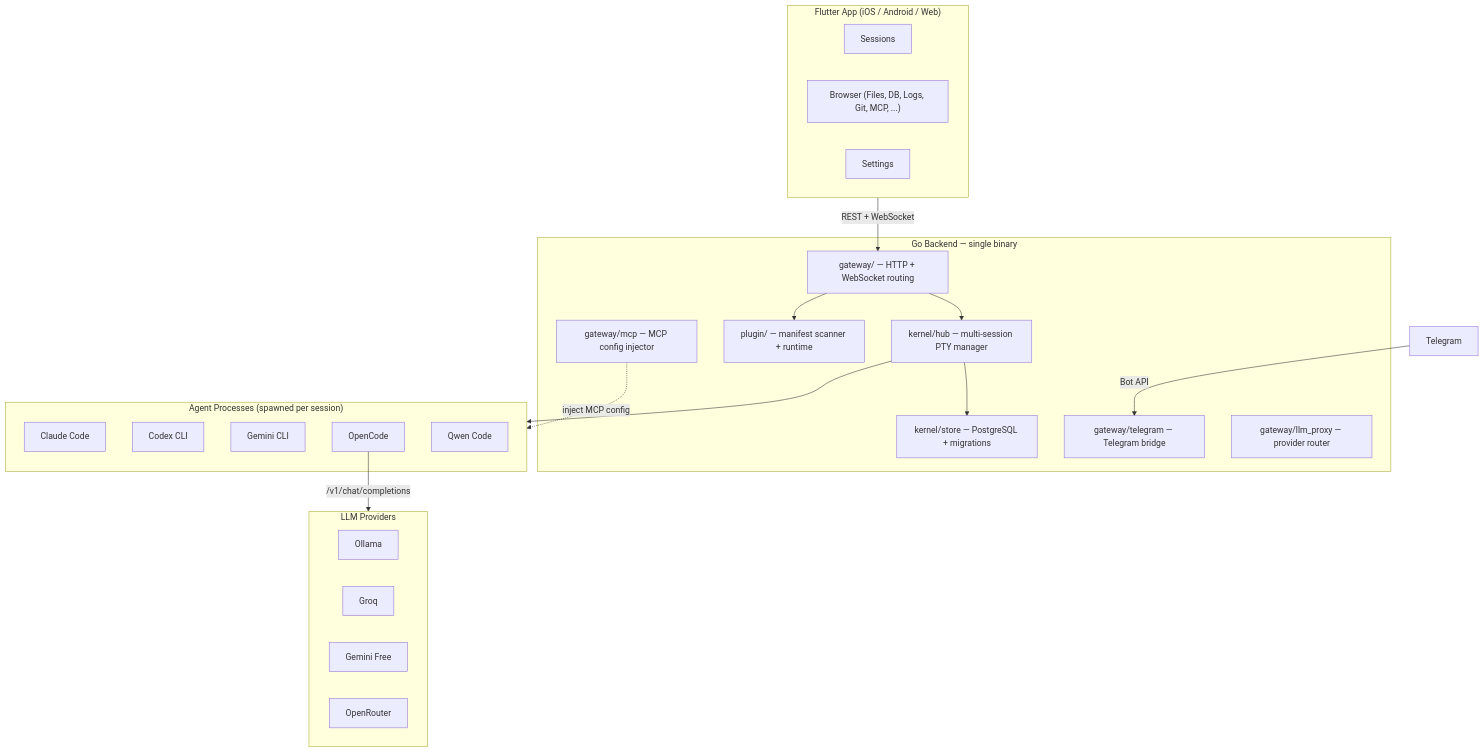
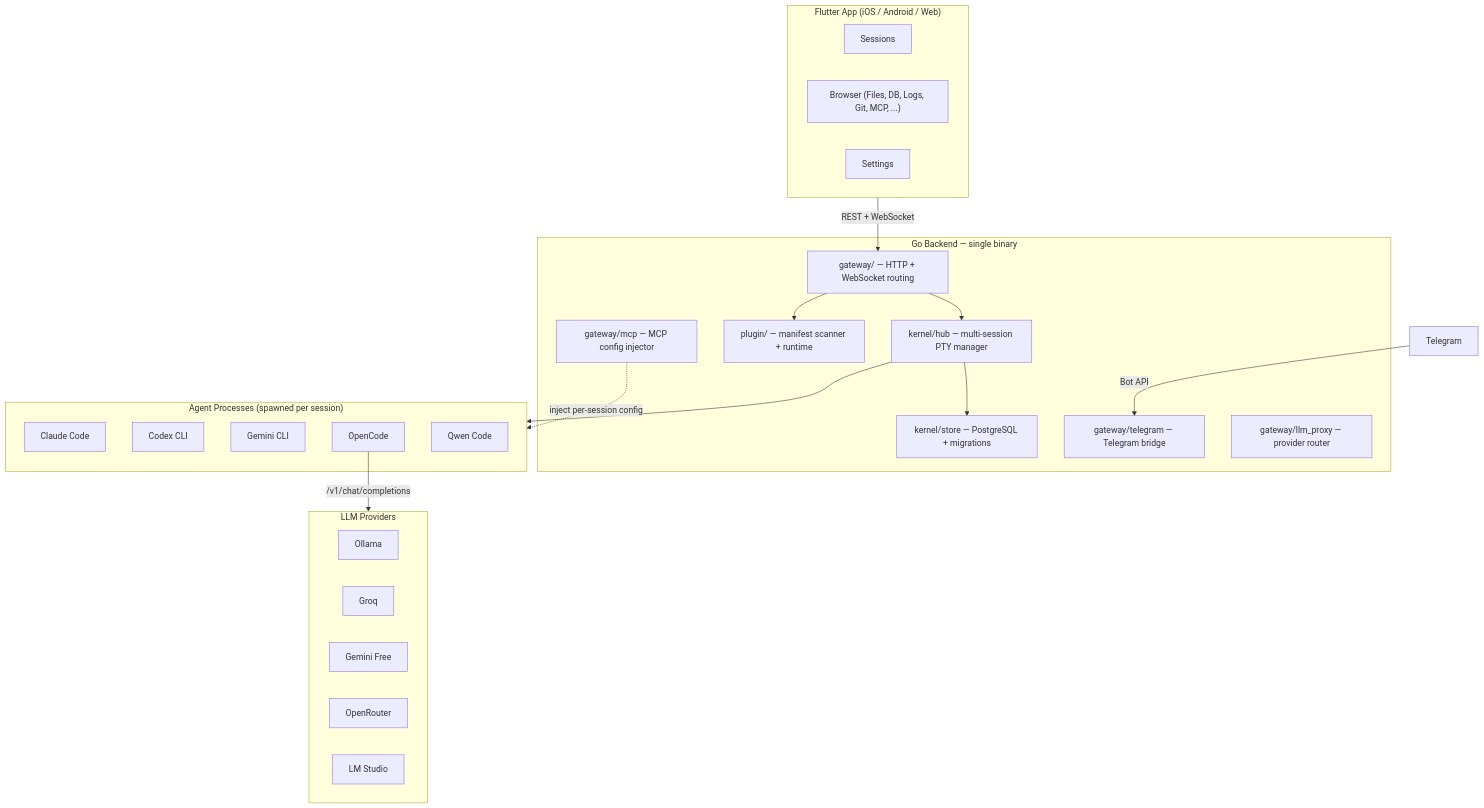
The diagram in README.md (Opendray/opendray), drawn with Mermaid before and after one commit. The commit also changed other lines of this file, not shown here.

````diff
--- a/README.md
+++ b/README.md
@@ -83,42 +87,43 @@
 ```mermaid
 graph TB
     subgraph Client["Flutter App (iOS / Android / Web)"]
         Sessions
         Browser["Browser (Files, DB, Logs, Git, MCP, ...)"]
         Settings
     end
 
     subgraph Backend["Go Backend — single binary"]
         Gateway["gateway/ — HTTP + WebSocket routing"]
         Hub["kernel/hub — multi-session PTY manager"]
         Store["kernel/store — PostgreSQL + migrations"]
         Plugins["plugin/ — manifest scanner + runtime"]
         MCP["gateway/mcp — MCP config injector"]
         TG["gateway/telegram — Telegram bridge"]
         LLM["gateway/llm_proxy — provider router"]
     end
 
     subgraph Agents["Agent Processes (spawned per session)"]
         Claude["Claude Code"]
         Codex["Codex CLI"]
         Gemini["Gemini CLI"]
         OC["OpenCode"]
         Qwen["Qwen Code"]
     end
 
     subgraph Providers["LLM Providers"]
         Ollama
         Groq
         GeminiFree["Gemini Free"]
         OpenRouter
+        LMStudio["LM Studio"]
     end
 
     Client -- "REST + WebSocket" --> Gateway
     Telegram -- "Bot API" --> TG
     Gateway --> Hub
     Hub --> Agents
-    MCP -. "inject MCP config" .-> Agents
+    MCP -. "inject per-session config" .-> Agents
     OC -- "/v1/chat/completions" --> Providers
     Hub --> Store
     Gateway --> Plugins
 ```
````
